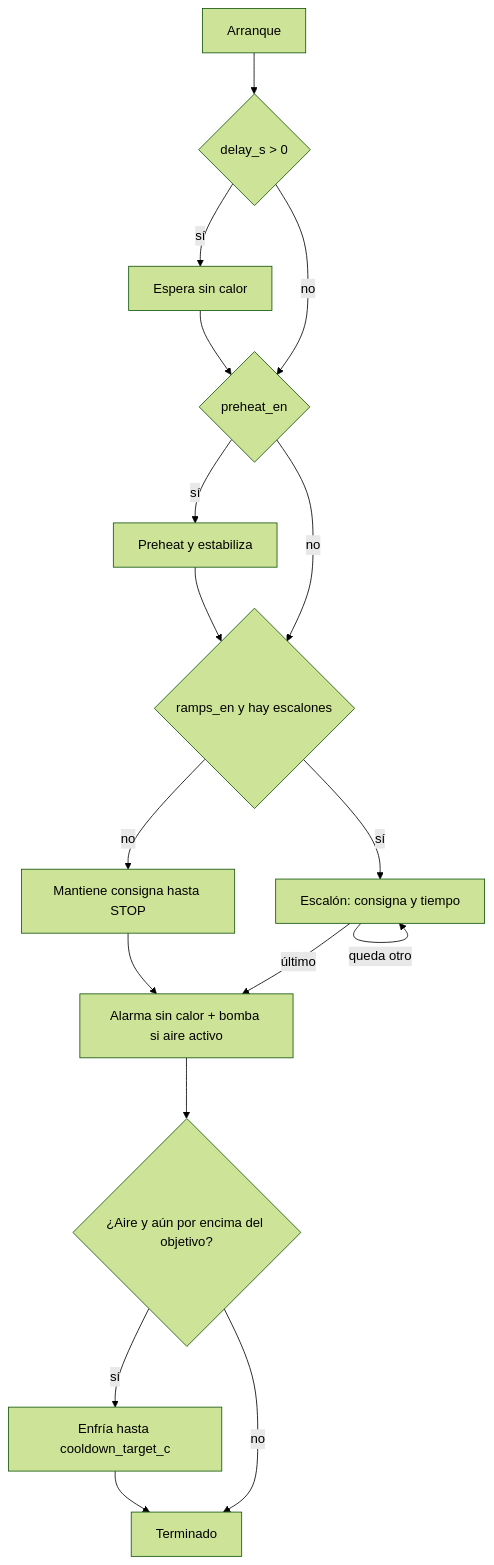
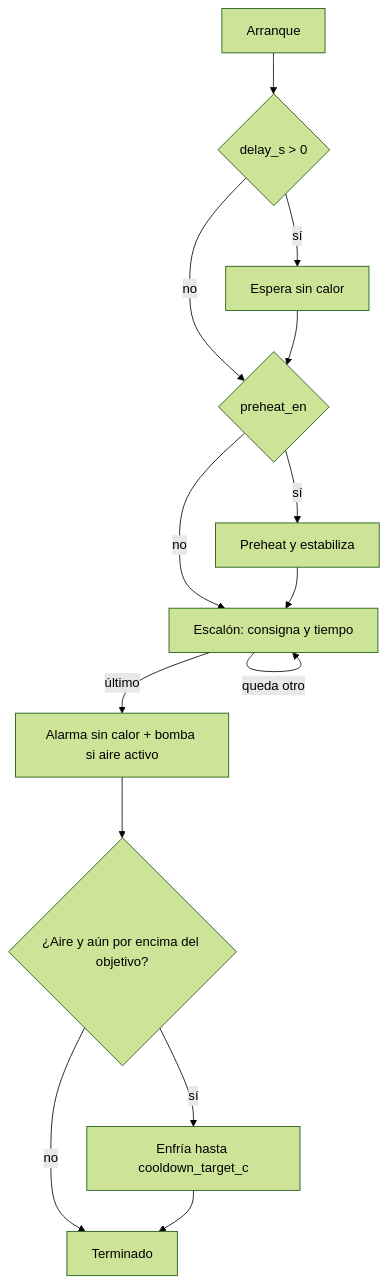
The third of 4 diagrams in doc/product_features.md (krisskira/smd-soldering-hotplate), drawn with Mermaid (forest theme) before and after one commit. The commit also changed other lines of this file and 25 other files, not shown here.

````diff
--- a/doc/product_features.md
+++ b/doc/product_features.md
@@ -91,19 +91,16 @@
 ```mermaid
 flowchart TD
     start["Arranque"] --> dly{"delay_s > 0"}
     dly -->|sí| wait["Espera sin calor"]
     dly -->|no| pre
     wait --> pre{"preheat_en"}
     pre -->|sí| heat["Preheat y estabiliza"]
-    pre -->|no| ram
-    heat --> ram{"ramps_en y hay escalones"}
-    ram -->|sí| steps["Escalón: consigna y tiempo"]
+    pre -->|no| steps
+    heat --> steps["Escalón: consigna y tiempo"]
     steps -->|queda otro| steps
-    steps -->|último| fin
-    ram -->|no| hold["Mantiene consigna hasta STOP"]
-    hold --> fin["Alarma sin calor + bomba si aire activo"]
+    steps -->|último| fin["Alarma sin calor + bomba si aire activo"]
     fin --> air{"¿Aire y aún por encima del objetivo?"}
     air -->|sí| cool["Enfría hasta cooldown_target_c"]
     air -->|no| done["Terminado"]
     cool --> done
 ```
````
